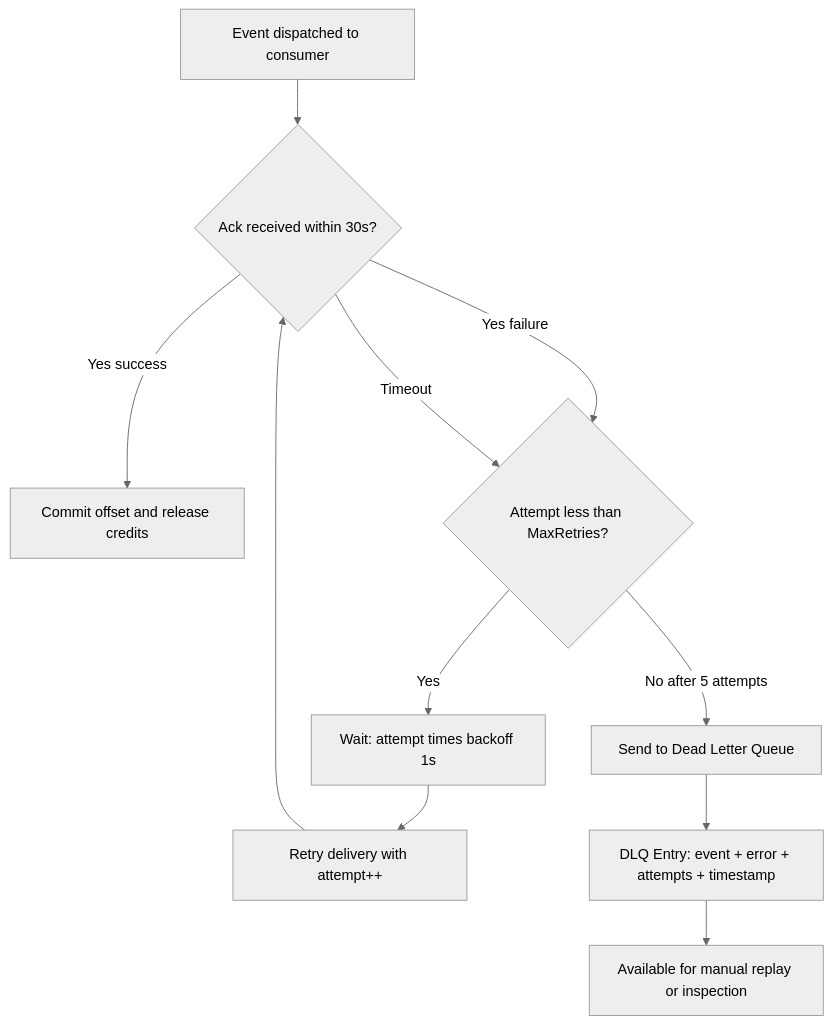
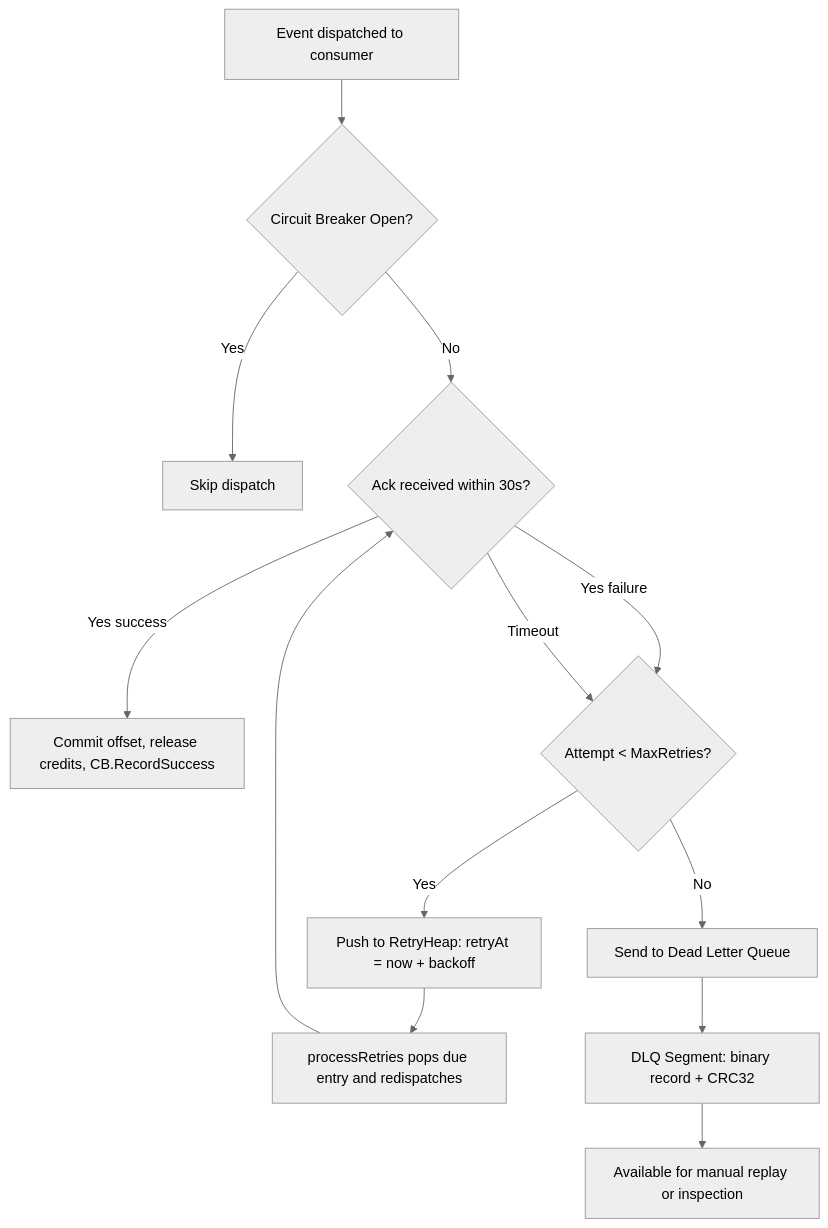
Diagram 24 of 43 in ARCHITECTURE.md (jatin711-debug/cronos_db_golang), drawn with Mermaid (neutral theme) before and after one commit. The commit also changed other lines of this file and 24 other files, not shown here.

````diff
--- a/ARCHITECTURE.md
+++ b/ARCHITECTURE.md
@@ -622,15 +703,17 @@
 ```mermaid
 flowchart TD
-    A[Event dispatched to consumer] --> B{Ack received within 30s?}
-    B -->|Yes success| C[Commit offset and release credits]
-    B -->|Yes failure| D{Attempt less than MaxRetries?}
+    A[Event dispatched to consumer] --> CB{Circuit Breaker Open?}
+    CB -->|Yes| Z[Skip dispatch]
+    CB -->|No| B{Ack received within 30s?}
+    B -->|Yes success| C[Commit offset, release credits, CB.RecordSuccess]
+    B -->|Yes failure| D{Attempt < MaxRetries?}
     B -->|Timeout| D
 
-    D -->|Yes| E[Wait: attempt times backoff 1s]
-    E --> F[Retry delivery with attempt++]
+    D -->|Yes| E[Push to RetryHeap: retryAt = now + backoff]
+    E --> F[processRetries pops due entry and redispatches]
     F --> B
 
-    D -->|No after 5 attempts| G[Send to Dead Letter Queue]
-    G --> H[DLQ Entry: event + error + attempts + timestamp]
+    D -->|No| G[Send to Dead Letter Queue]
+    G --> H[DLQ Segment: binary record + CRC32]
     H --> I[Available for manual replay or inspection]
 ```
````
